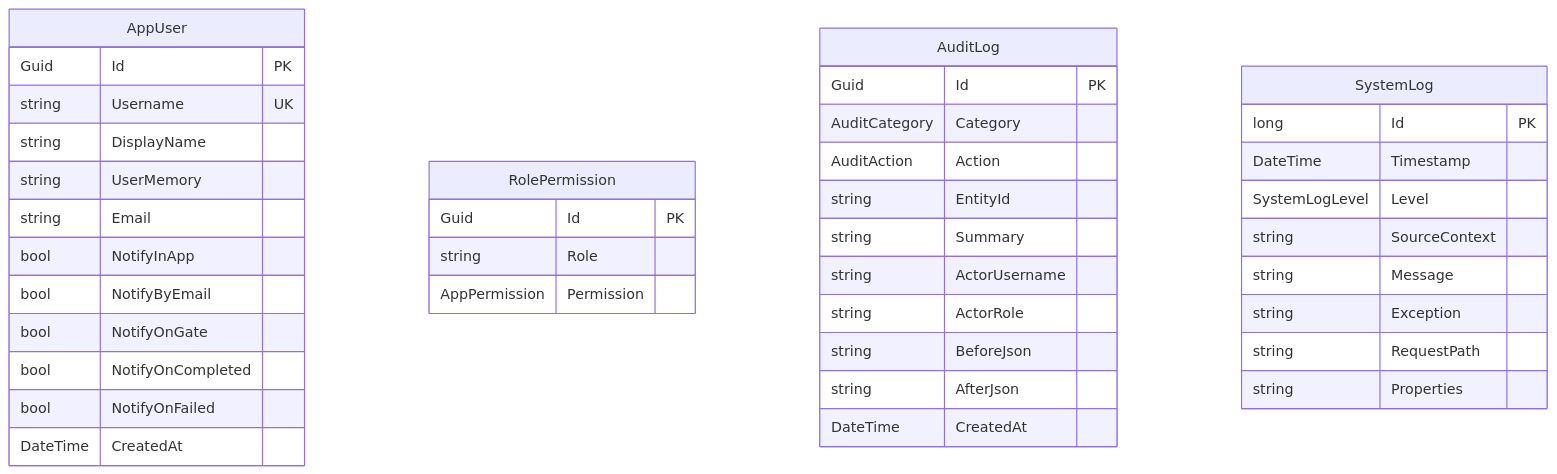
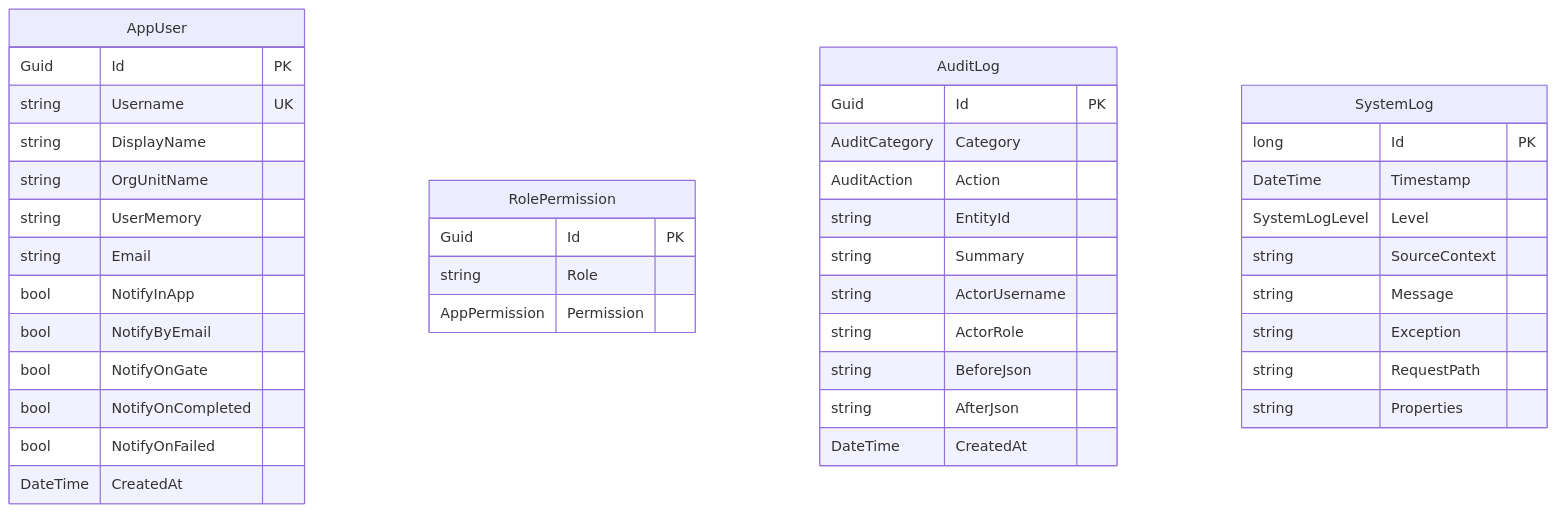
The sixth of 9 diagrams in docs/data-model.md (Songlong0506/ICOGenerator-v4), drawn with Mermaid before and after one commit. The commit also changed other lines of this file and 39 other files, not shown here.

First line of the commit message:
Chỉ bỏ ba cột OrgUnit.Description, Associate.Birthday, Associate.IsIndirect ở nhóm cột chết

````diff
--- a/docs/data-model.md
+++ b/docs/data-model.md
@@ -365,47 +369,48 @@
 ```mermaid
 erDiagram
     AppUser {
         Guid Id PK
         string Username UK
         string DisplayName
+        string OrgUnitName
         string UserMemory
         string Email
         bool NotifyInApp
         bool NotifyByEmail
         bool NotifyOnGate
         bool NotifyOnCompleted
         bool NotifyOnFailed
         DateTime CreatedAt
     }
 
 
     RolePermission {
         Guid Id PK
         string Role
         AppPermission Permission
     }
 
     AuditLog {
         Guid Id PK
         AuditCategory Category
         AuditAction Action
         string EntityId
         string Summary
         string ActorUsername
         string ActorRole
         string BeforeJson
         string AfterJson
         DateTime CreatedAt
     }
 
     SystemLog {
         long Id PK
         DateTime Timestamp
         SystemLogLevel Level
         string SourceContext
         string Message
         string Exception
         string RequestPath
         string Properties
     }
 ```
````
